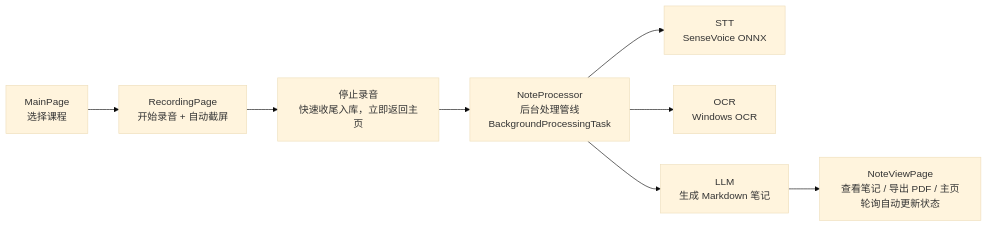
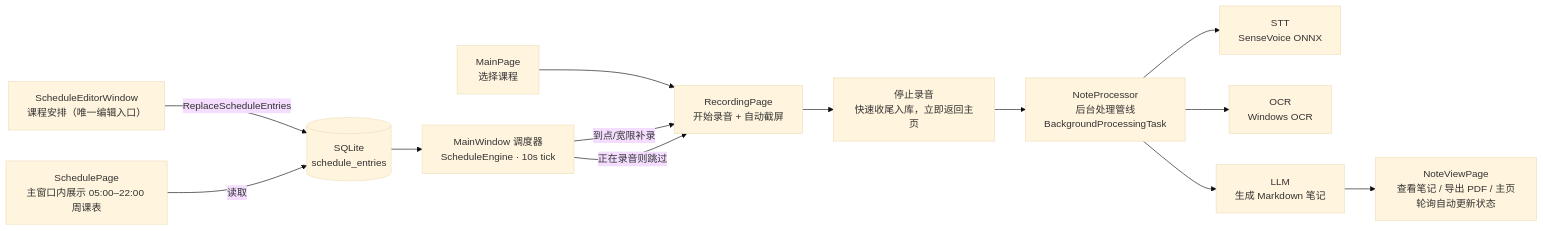
One commit to whoever1214/ClassNote-Standalone changed the diagram in docs/开发文档.md. Above: the diagram before and after it, drawn with Mermaid (base theme). The commit also changed other lines of this file and 39 other files, not shown here.

````diff
--- a/docs/开发文档.md
+++ b/docs/开发文档.md
@@ -39,10 +54,16 @@
 ```mermaid
 flowchart LR
   A[MainPage<br/>选择课程] --> B[RecordingPage<br/>开始录音 + 自动截屏]
   B --> C[停止录音<br/>快速收尾入库，立即返回主页]
   C --> D[NoteProcessor<br/>后台处理管线<br/>BackgroundProcessingTask]
   D --> D1[STT<br/>SenseVoice ONNX]
   D --> D2[OCR<br/>Windows OCR]
   D --> D3[LLM<br/>生成 Markdown 笔记]
   D3 --> E[NoteViewPage<br/>查看笔记 / 导出 PDF / 主页轮询自动更新状态]
+
+  S[ScheduleEditorWindow<br/>课程安排（唯一编辑入口）] -->|ReplaceScheduleEntries| DB[(SQLite<br/>schedule_entries)]
+  T[MainWindow 调度器<br/>ScheduleEngine · 10s tick] -->|到点/宽限补录| B
+  DB --> T
+  T -->|正在录音则跳过| B
+  P[SchedulePage<br/>主窗口内展示 05:00–22:00 周课表] -->|读取| DB
 ```
````
